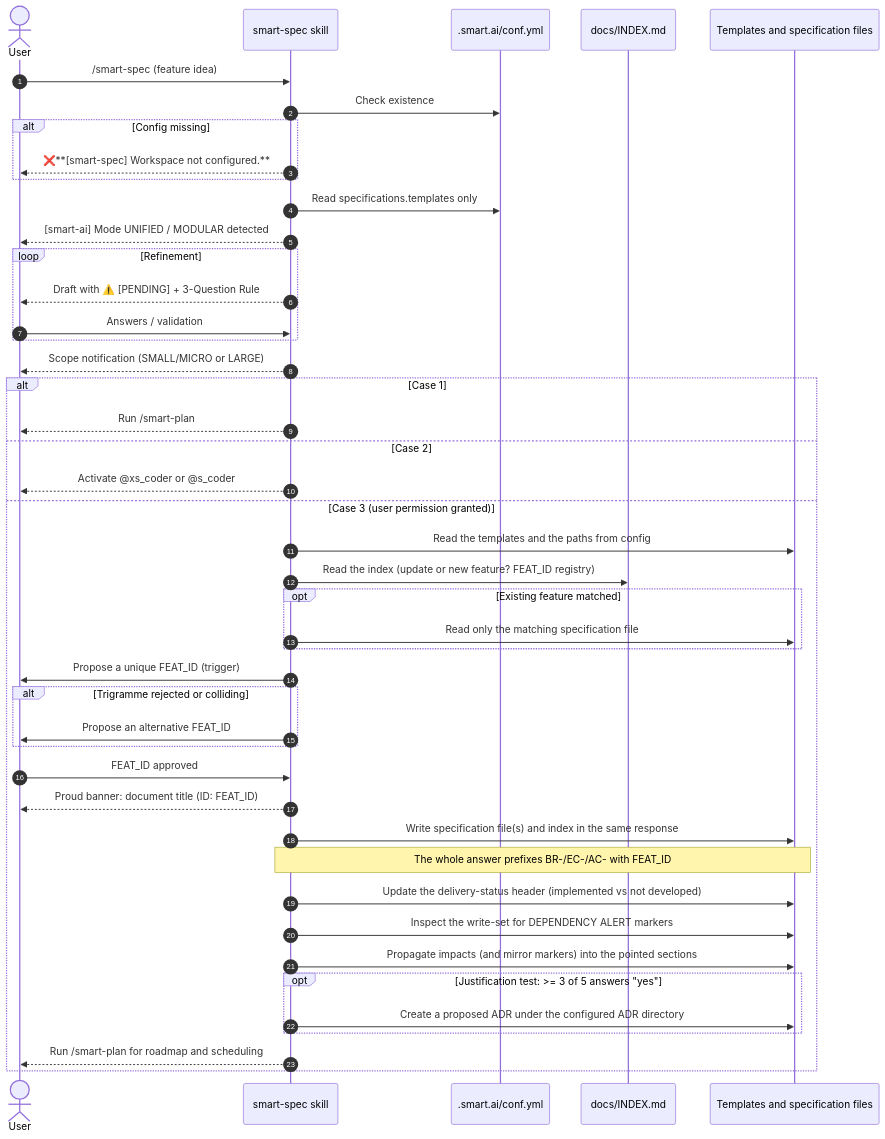
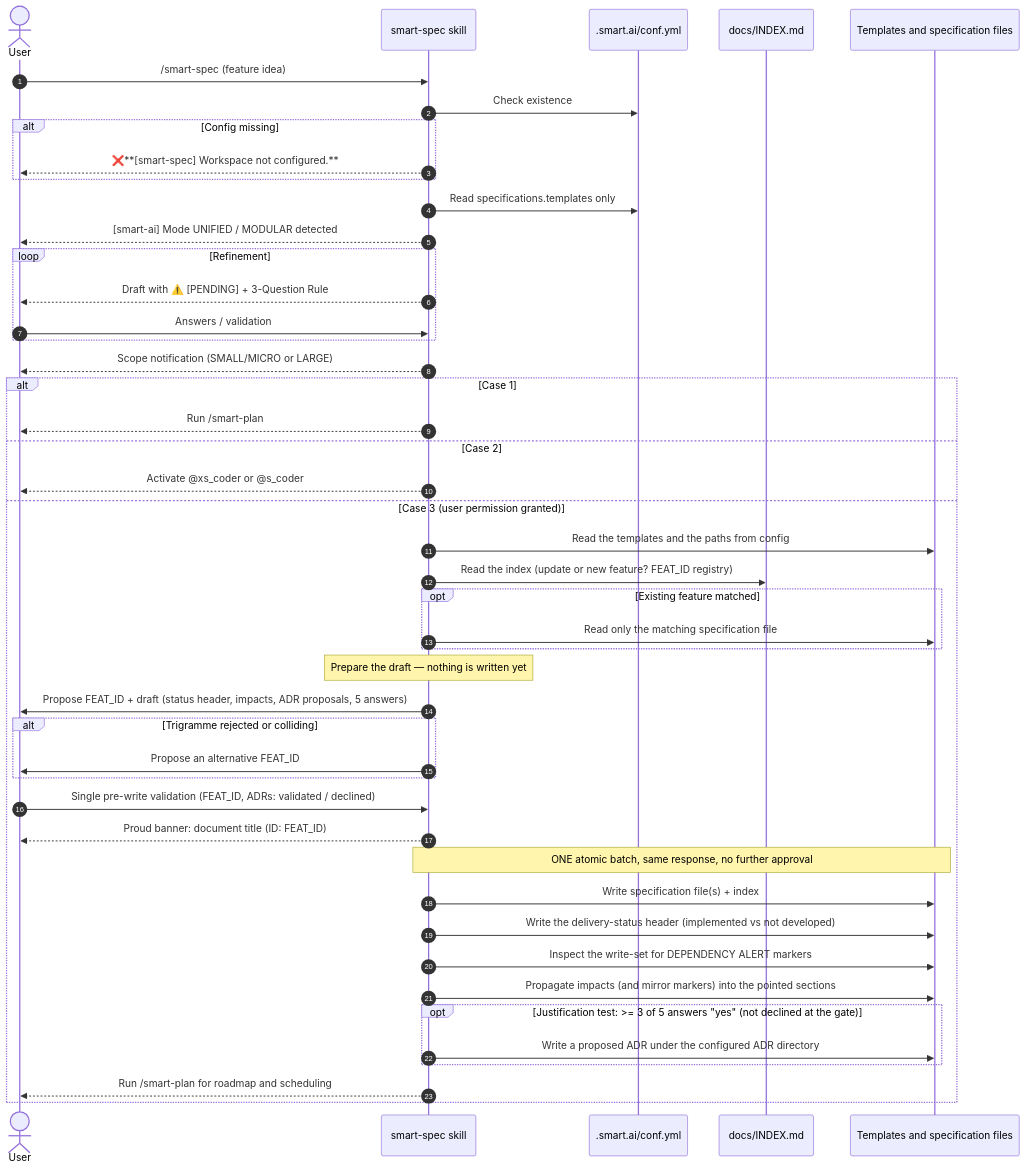
One commit to fletort/smart-ai-factory changed the second of 2 diagrams in docs/specs/smart-spec.md. Above: the diagram before and after it, drawn with Mermaid. The commit also changed other lines of this file and 2 other files, not shown here.

Commit message:
correct ADR user validation

````diff
--- a/docs/specs/smart-spec.md
+++ b/docs/specs/smart-spec.md
@@ -270,48 +279,49 @@
   ```mermaid
   sequenceDiagram
       autonumber
       actor User
       participant Skill as smart-spec skill
       participant Cfg as .smart.ai/conf.yml
       participant Idx as docs/INDEX.md
       participant Specs as Templates and specification files
 
       User->>Skill: /smart-spec (feature idea)
       Skill->>Cfg: Check existence
       alt Config missing
           Skill-->>User: ❌**[smart-spec] Workspace not configured.**
       end
       Skill->>Cfg: Read specifications.templates only
       Skill-->>User: [smart-ai] Mode UNIFIED / MODULAR detected
       loop Refinement
           Skill-->>User: Draft with ⚠️ [PENDING] + 3-Question Rule
           User->>Skill: Answers / validation
       end
       Skill-->>User: Scope notification (SMALL/MICRO or LARGE)
       alt Case 1
           Skill-->>User: Run /smart-plan
       else Case 2
           Skill-->>User: Activate @xs_coder or @s_coder
       else Case 3 (user permission granted)
           Skill->>Specs: Read the templates and the paths from config
           Skill->>Idx: Read the index (update or new feature? FEAT_ID registry)
           opt Existing feature matched
               Skill->>Specs: Read only the matching specification file
           end
-          Skill->>User: Propose a unique FEAT_ID (trigger)
+          Note over Skill: Prepare the draft — nothing is written yet
+          Skill->>User: Propose FEAT_ID + draft (status header, impacts, ADR proposals, 5 answers)
           alt Trigramme rejected or colliding
               Skill->>User: Propose an alternative FEAT_ID
           end
-          User->>Skill: FEAT_ID approved
+          User->>Skill: Single pre-write validation (FEAT_ID, ADRs: validated / declined)
           Skill-->>User: Proud banner: document title (ID: FEAT_ID)
-          Skill->>Specs: Write specification file(s) and index in the same response
-          Note over Skill,Specs: The whole answer prefixes BR-/EC-/AC- with FEAT_ID
-          Skill->>Specs: Update the delivery-status header (implemented vs not developed)
+          Note over Skill,Specs: ONE atomic batch, same response, no further approval
+          Skill->>Specs: Write specification file(s) + index
+          Skill->>Specs: Write the delivery-status header (implemented vs not developed)
           Skill->>Specs: Inspect the write-set for DEPENDENCY ALERT markers
           Skill->>Specs: Propagate impacts (and mirror markers) into the pointed sections
-          opt Justification test: >= 3 of 5 answers "yes"
-              Skill->>Specs: Create a proposed ADR under the configured ADR directory
+          opt Justification test: >= 3 of 5 answers "yes" (not declined at the gate)
+              Skill->>Specs: Write a proposed ADR under the configured ADR directory
           end
           Skill-->>User: Run /smart-plan for roadmap and scheduling
       end
   ```
````
